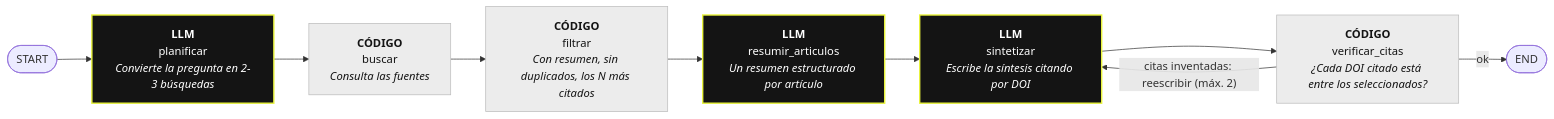
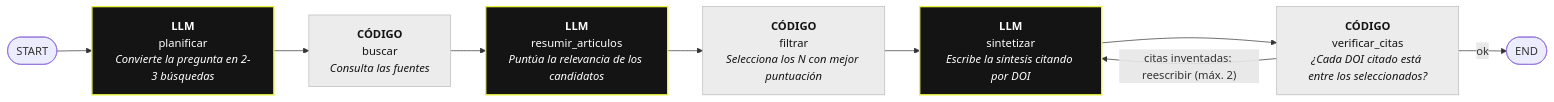
The first of 2 diagrams in docs/flujo.md (Carlos-Rodero/litmar), drawn with Mermaid before and after one commit. The commit also changed other lines of this file and 31 other files, not shown here.

````diff
--- a/docs/flujo.md
+++ b/docs/flujo.md
@@ -8,17 +8,17 @@
 ```mermaid
 flowchart LR
     START([START]) --> planificar
     planificar["<b>LLM</b><br/>planificar<br/><i>Convierte la pregunta en 2-3 búsquedas</i>"] --> buscar
-    buscar["<b>CÓDIGO</b><br/>buscar<br/><i>Consulta las fuentes</i>"] --> filtrar
-    filtrar["<b>CÓDIGO</b><br/>filtrar<br/><i>Con resumen, sin duplicados, los N más citados</i>"] --> resumir_articulos
-    resumir_articulos["<b>LLM</b><br/>resumir_articulos<br/><i>Un resumen estructurado por artículo</i>"] --> sintetizar
+    buscar["<b>CÓDIGO</b><br/>buscar<br/><i>Consulta las fuentes</i>"] --> resumir_articulos
+    resumir_articulos["<b>LLM</b><br/>resumir_articulos<br/><i>Puntúa la relevancia de los candidatos</i>"] --> filtrar
+    filtrar["<b>CÓDIGO</b><br/>filtrar<br/><i>Selecciona los N con mejor puntuación</i>"] --> sintetizar
     sintetizar["<b>LLM</b><br/>sintetizar<br/><i>Escribe la síntesis citando por DOI</i>"] --> verificar_citas
     verificar_citas["<b>CÓDIGO</b><br/>verificar_citas<br/><i>¿Cada DOI citado está entre los seleccionados?</i>"]
     verificar_citas -- "citas inventadas: reescribir (máx. 2)" --> sintetizar
     verificar_citas -- "ok" --> END([END])
 
     classDef llm fill:#141414,color:#ffffff,stroke:#e8f33d,stroke-width:2px
     classDef codigo fill:#ececec,color:#141414,stroke:#bbbbbb
     class planificar,resumir_articulos,sintetizar llm
     class buscar,filtrar,verificar_citas codigo
 ```
````
